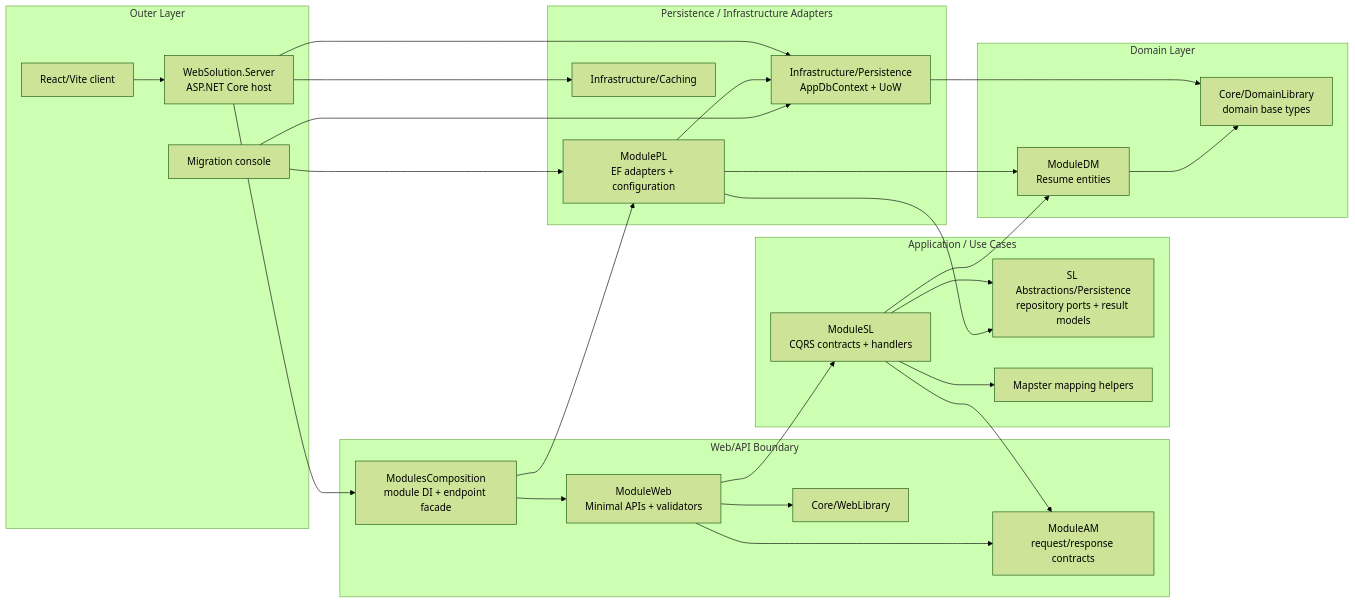
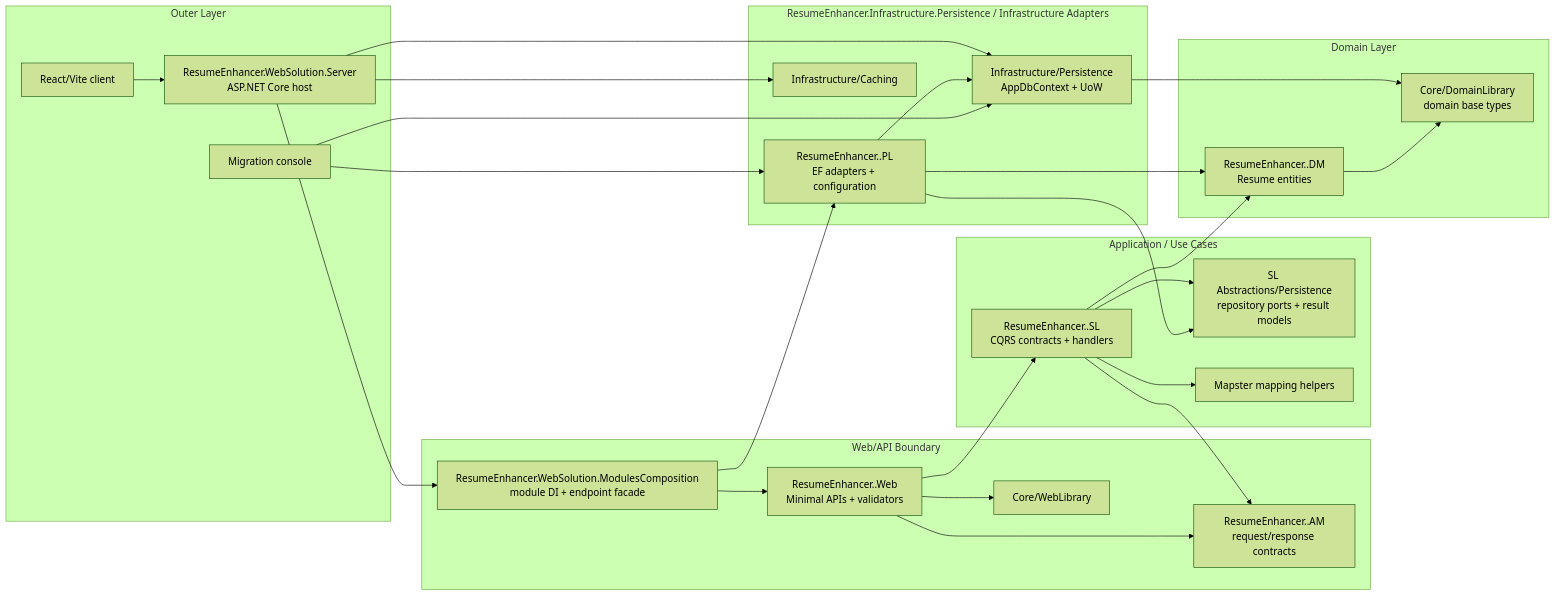
One commit to onu-khatri/ResumeEnhancer changed the first of 2 diagrams in README.md. Above: the diagram before and after it, drawn with Mermaid (forest theme). The commit also changed other lines of this file and 312 other files, not shown here.

````diff
--- a/README.md
+++ b/README.md
@@ -103,58 +103,58 @@
 ```mermaid
 flowchart LR
     subgraph Outer["Outer Layer"]
         Browser["React/Vite client"]
-        Host["WebSolution.Server<br/>ASP.NET Core host"]
+        Host["ResumeEnhancer.WebSolution.Server<br/>ASP.NET Core host"]
         MigrationConsole["Migration console"]
     end
 
     subgraph WebBoundary["Web/API Boundary"]
-        ModuleComposition["ModulesComposition<br/>module DI + endpoint facade"]
-        ModuleWeb["<ModuleName>ModuleWeb<br/>Minimal APIs + validators"]
-        WebLibrary["Core/WebLibrary"]
-        AM["<ModuleName>ModuleAM<br/>request/response contracts"]
+        ModuleComposition["ResumeEnhancer.WebSolution.ModulesComposition<br/>module DI + endpoint facade"]
+        ModuleWeb["ResumeEnhancer.<ModuleName>.Web<br/>Minimal APIs + validators"]
+        ResumeEnhancer.Core.WebLibrary["Core/WebLibrary"]
+        AM["ResumeEnhancer.<ModuleName>.AM<br/>request/response contracts"]
     end
 
     subgraph Application["Application / Use Cases"]
-        SL["<ModuleName>ModuleSL<br/>CQRS contracts + handlers"]
+        SL["ResumeEnhancer.<ModuleName>.SL<br/>CQRS contracts + handlers"]
         Ports["SL Abstractions/Persistence<br/>repository ports + result models"]
         Mapping["Mapster mapping helpers"]
     end
 
-    subgraph InfrastructureAdapters["Persistence / Infrastructure Adapters"]
-        PL["<ModuleName>ModulePL<br/>EF adapters + configuration"]
-        Persistence["Infrastructure/Persistence<br/>AppDbContext + UoW"]
-        Caching["Infrastructure/Caching"]
+    subgraph InfrastructureAdapters["ResumeEnhancer.Infrastructure.Persistence / Infrastructure Adapters"]
+        PL["ResumeEnhancer.<ModuleName>.PL<br/>EF adapters + configuration"]
+        ResumeEnhancer.Infrastructure.Persistence["Infrastructure/Persistence<br/>AppDbContext + UoW"]
+        ResumeEnhancer.Infrastructure.Caching["Infrastructure/Caching"]
     end
 
     subgraph Domain["Domain Layer"]
-        DM["<ModuleName>ModuleDM<br/>Resume entities"]
-        DomainLibrary["Core/DomainLibrary<br/>domain base types"]
+        DM["ResumeEnhancer.<ModuleName>.DM<br/>Resume entities"]
+        ResumeEnhancer.Core.DomainLibrary["Core/DomainLibrary<br/>domain base types"]
     end
 
     Browser --> Host
     Host --> ModuleComposition
-    Host --> Persistence
-    Host --> Caching
+    Host --> ResumeEnhancer.Infrastructure.Persistence
+    Host --> ResumeEnhancer.Infrastructure.Caching
 
     ModuleComposition --> ModuleWeb
     ModuleComposition --> PL
 
-    ModuleWeb --> WebLibrary
+    ModuleWeb --> ResumeEnhancer.Core.WebLibrary
     ModuleWeb --> AM
     ModuleWeb --> SL
 
     SL --> AM
     SL --> Ports
     SL --> Mapping
     SL --> DM
 
     PL --> Ports
     PL --> DM
-    PL --> Persistence
+    PL --> ResumeEnhancer.Infrastructure.Persistence
 
-    Persistence --> DomainLibrary
-    DM --> DomainLibrary
-    MigrationConsole --> Persistence
+    ResumeEnhancer.Infrastructure.Persistence --> ResumeEnhancer.Core.DomainLibrary
+    DM --> ResumeEnhancer.Core.DomainLibrary
+    MigrationConsole --> ResumeEnhancer.Infrastructure.Persistence
     MigrationConsole --> PL
 ```
````
